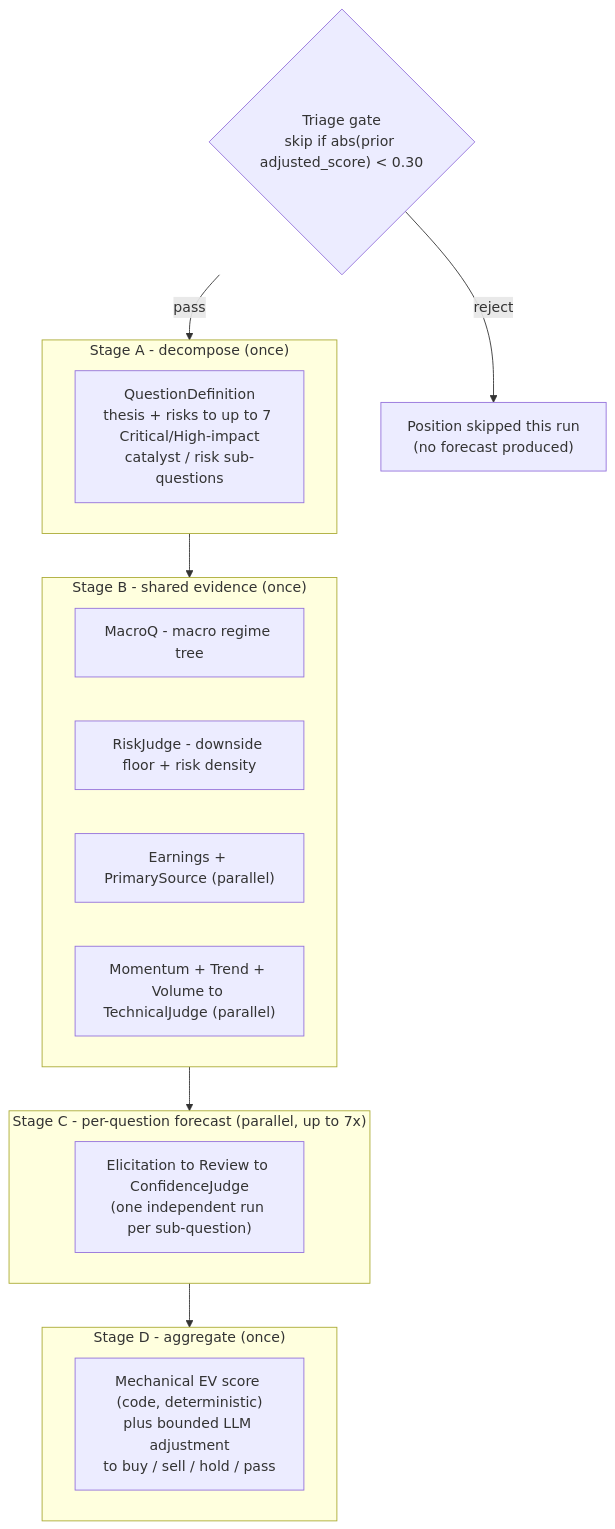
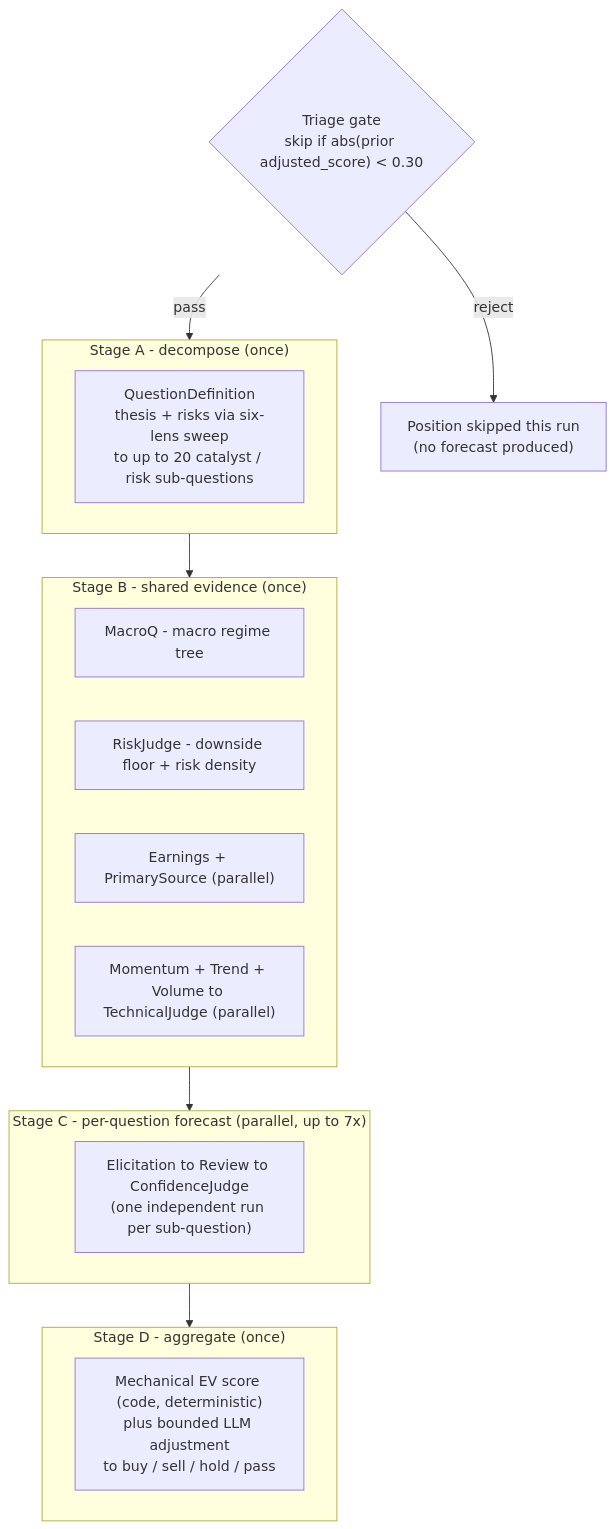
One commit to James-Kupfer/investment-forecaster changed the diagram in README.md. Above: the diagram before and after it, drawn with Mermaid. The commit also changed other lines of this file and 11 other files, not shown here.

````diff
--- a/README.md
+++ b/README.md
@@ -17,31 +17,31 @@
 ```mermaid
 flowchart TD
     T{"Triage gate<br/>skip if abs(prior adjusted_score) &lt; 0.30"}
     T -- reject --> X["Position skipped this run<br/>(no forecast produced)"]
     T -- pass --> A
 
     subgraph A["Stage A - decompose (once)"]
-        A1["QuestionDefinition<br/>thesis + risks to up to 7 Critical/High-impact<br/>catalyst / risk sub-questions"]
+        A1["QuestionDefinition<br/>thesis + risks via six-lens sweep<br/>to up to 20 catalyst / risk sub-questions"]
     end
 
     A --> B
 
     subgraph B["Stage B - shared evidence (once)"]
         B1["MacroQ - macro regime tree"]
         B2["RiskJudge - downside floor + risk density"]
         B3["Earnings + PrimarySource (parallel)"]
         B4["Momentum + Trend + Volume to TechnicalJudge (parallel)"]
     end
 
     B --> C
 
     subgraph C["Stage C - per-question forecast (parallel, up to 7x)"]
         C1["Elicitation to Review to ConfidenceJudge<br/>(one independent run per sub-question)"]
     end
 
     C --> D
 
     subgraph D["Stage D - aggregate (once)"]
         D1["Mechanical EV score (code, deterministic)<br/>plus bounded LLM adjustment<br/>to buy / sell / hold / pass"]
     end
 ```
````
